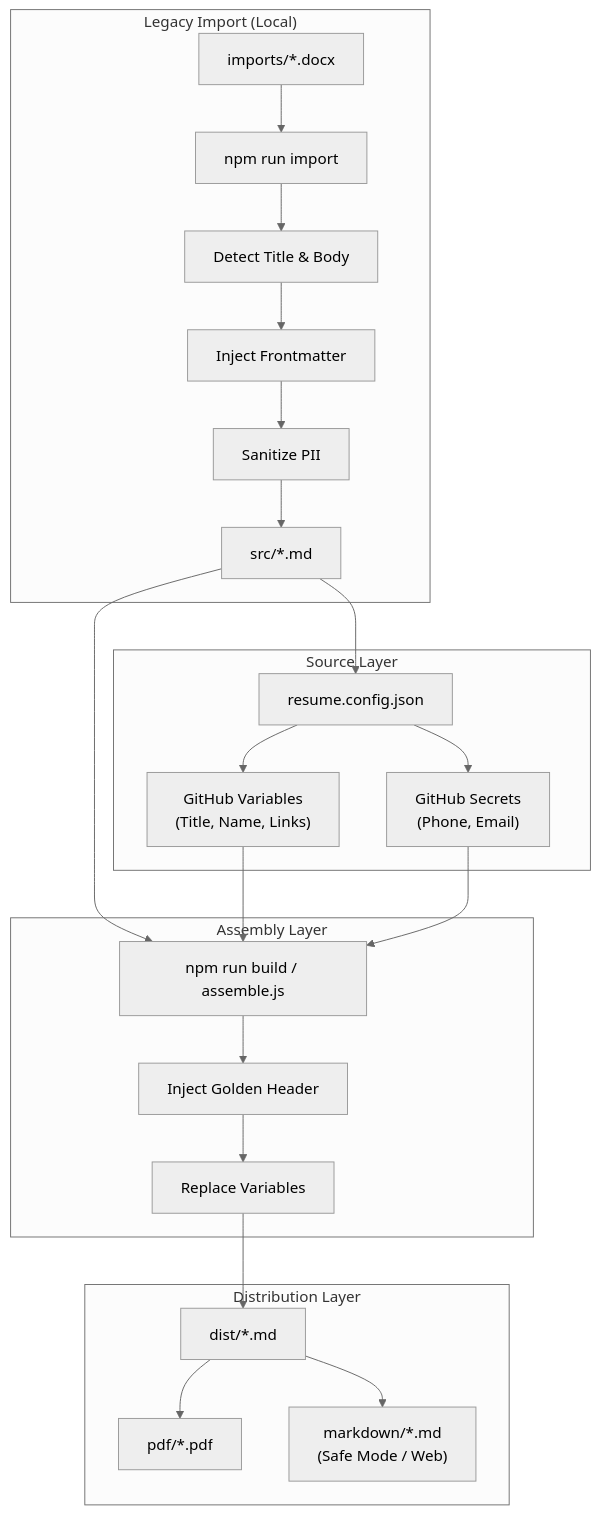
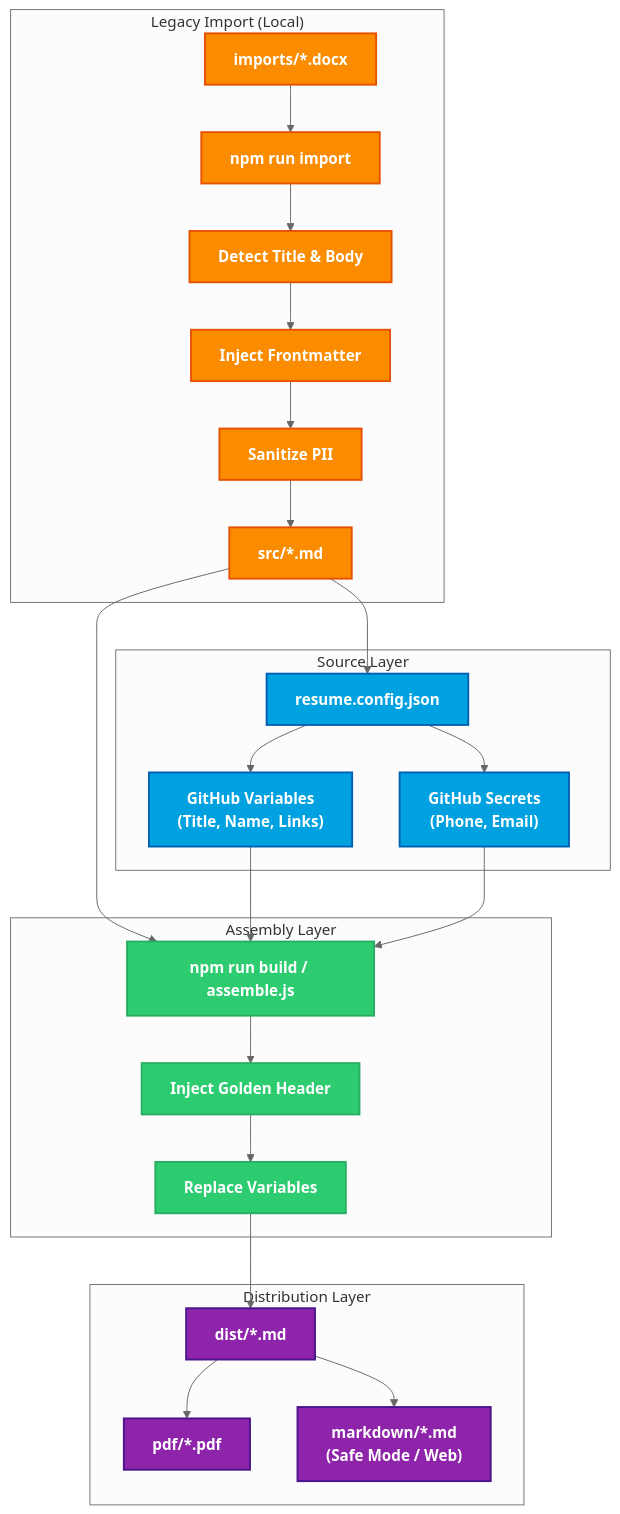
The diagram in README.md (rdbumstead/resume-as-code), drawn with Mermaid (neutral theme) before and after one commit.

Commit message:
docs: update README Mermaid diagram with enhanced styling

````diff
--- a/README.md
+++ b/README.md
@@ -12,30 +12,62 @@
 ```mermaid
 graph TD
+    %% ========= PIPELINE STAGE STYLES =========
+    classDef import fill:#FB8C00,stroke:#E65100,stroke-width:2px,color:#ffffff,font-weight:bold;
+    classDef input fill:#00A1E0,stroke:#005FB2,stroke-width:2px,color:#ffffff,font-weight:bold;
+    classDef build fill:#2ECC71,stroke:#27AE60,stroke-width:2px,color:#ffffff,font-weight:bold;
+    classDef output fill:#8E24AA,stroke:#4A148C,stroke-width:2px,color:#ffffff,font-weight:bold;
+
     subgraph Import ["Legacy Import (Local)"]
-        Docx["imports/*.docx"] --> ImportScript["npm run import"]
-        ImportScript --> Detect["Detect Title & Body"]
-        Detect --> InjectFM["Inject Frontmatter"]
-        InjectFM --> Sanitize["Sanitize PII"]
-        Sanitize --> Src["src/*.md"]
+        Docx["imports/*.docx"]
+        ImportScript["npm run import"]
+        Detect["Detect Title & Body"]
+        InjectFM["Inject Frontmatter"]
+        Sanitize["Sanitize PII"]
+        Src["src/*.md"]
     end
 
     subgraph Input ["Source Layer"]
-        Src --> Config["resume.config.json"]
-        Config --> Vars["GitHub Variables<br/>(Title, Name, Links)"]
-        Config --> Secrets["GitHub Secrets<br/>(Phone, Email)"]
+        Config["resume.config.json"]
+        Vars["GitHub Variables<br/>(Title, Name, Links)"]
+        Secrets["GitHub Secrets<br/>(Phone, Email)"]
     end
 
     subgraph Build ["Assembly Layer"]
-        Src --> Assemble["npm run build / assemble.js"]
-        Vars --> Assemble
-        Secrets --> Assemble
-        Assemble --> Header["Inject Golden Header"]
-        Header --> Replace["Replace Variables"]
+        Assemble["npm run build / assemble.js"]
+        Header["Inject Golden Header"]
+        Replace["Replace Variables"]
     end
 
     subgraph Output ["Distribution Layer"]
-        Replace --> Dist["dist/*.md"]
-        Dist --> PDF["pdf/*.pdf"]
-        Dist --> Safe["markdown/*.md<br/>(Safe Mode / Web)"]
+        Dist["dist/*.md"]
+        PDF["pdf/*.pdf"]
+        Safe["markdown/*.md<br/>(Safe Mode / Web)"]
     end
+
+    %% ========= FLOWS =========
+    Docx --> ImportScript
+    ImportScript --> Detect
+    Detect --> InjectFM
+    InjectFM --> Sanitize
+    Sanitize --> Src
+
+    Src --> Config
+    Config --> Vars
+    Config --> Secrets
+
+    Src --> Assemble
+    Vars --> Assemble
+    Secrets --> Assemble
+    Assemble --> Header
+    Header --> Replace
+
+    Replace --> Dist
+    Dist --> PDF
+    Dist --> Safe
+
+    %% ========= APPLY STYLES =========
+    class Docx,ImportScript,Detect,InjectFM,Sanitize,Src import;
+    class Config,Vars,Secrets input;
+    class Assemble,Header,Replace build;
+    class Dist,PDF,Safe output;
 ```
````
